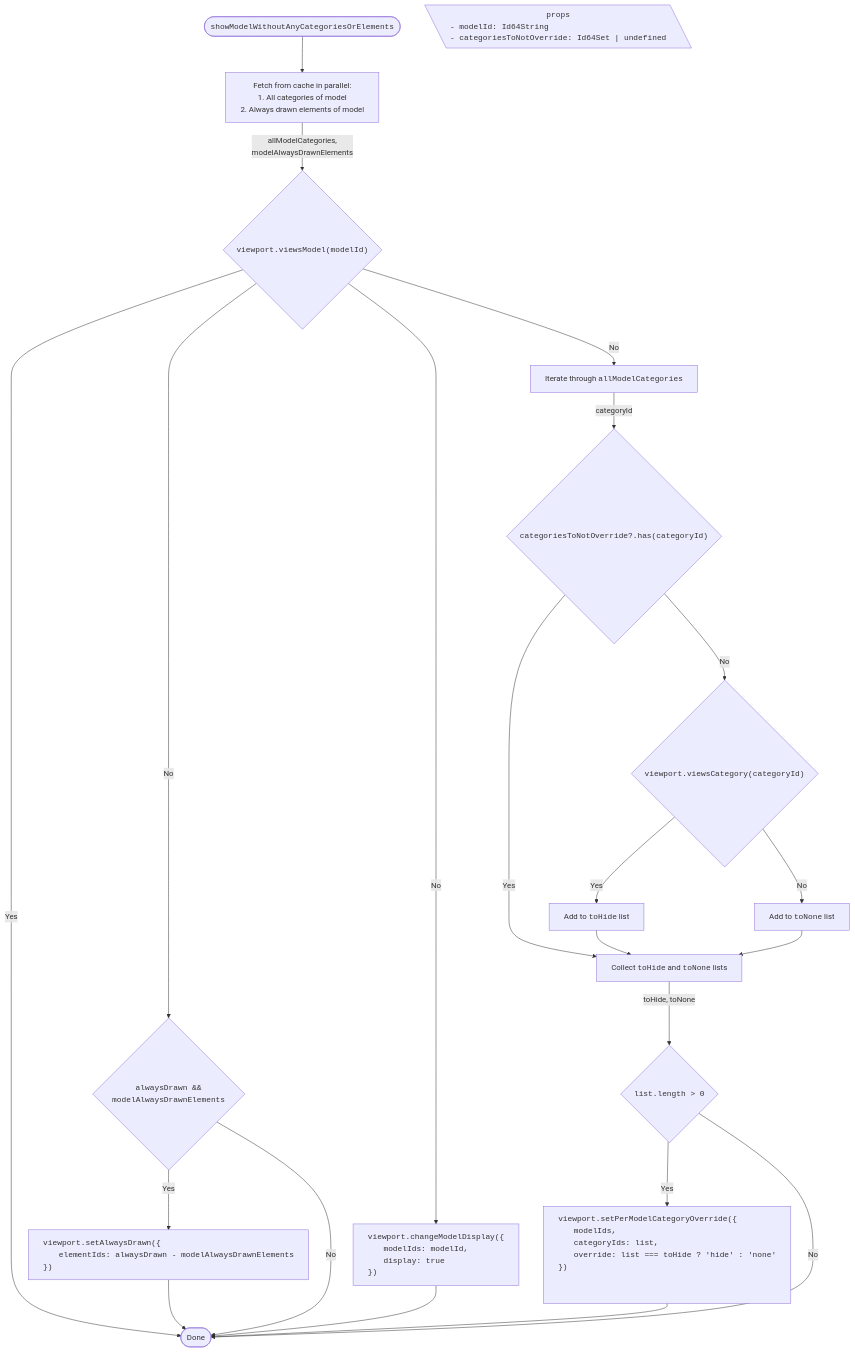
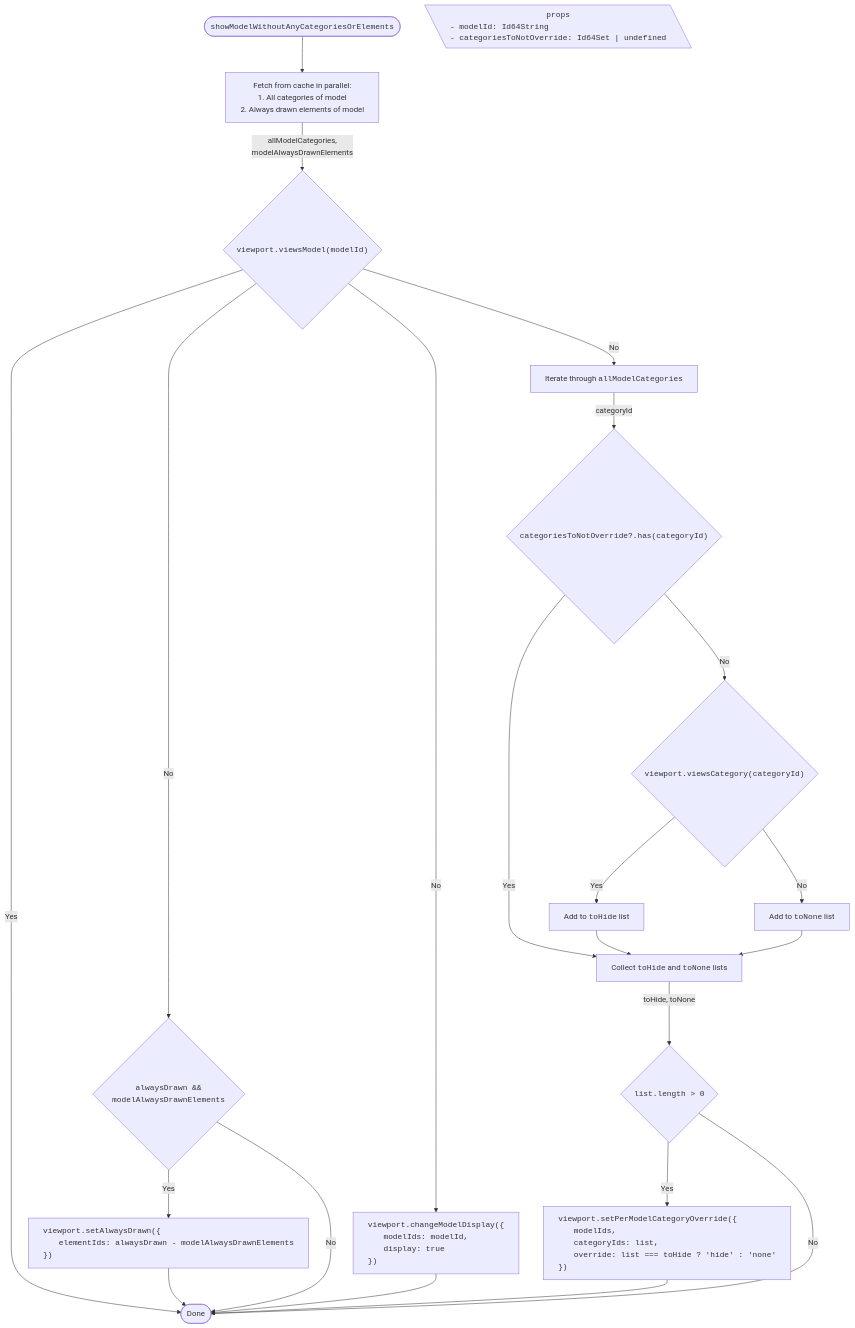
Before and after one commit to iTwin/viewer-components-react: diagram 12 of 14 in packages/itwin/tree-widget/docs/SharedVisibilityHandling.md, drawn with Mermaid. The commit also changed other lines of this file and 3 other files, not shown here.

Commit message:
Replace <code> with <span font-family="monospace">

````diff
--- a/packages/itwin/tree-widget/docs/SharedVisibilityHandling.md
+++ b/packages/itwin/tree-widget/docs/SharedVisibilityHandling.md
@@ -772,60 +770,58 @@
 ```mermaid
 ---
 config:
   flowchart:
     wrappingWidth: 750
     useMaxWidth: false
 ---
 
 flowchart TD
   RESULT_Done([Done])
 
   %% Start
-  TITLE(["<code>showModelWithoutAnyCategoriesOrElements</code>"]) --> A["Fetch from cache in parallel:<br/>1. All categories of model<br/>2. Always drawn elements of model"]
+  TITLE(["<span style='font-family: monospace;'>showModelWithoutAnyCategoriesOrElements</span>"]) --> A["Fetch from cache in parallel:<br/>1. All categories of model<br/>2. Always drawn elements of model"]
 
   PROPS[\"
-    <code>props</code>
-    <code style='display: block; text-align: left;'>- modelId: Id64String<br/> - categoriesToNotOverride: Id64Set | undefined</code>
+    <span style='font-family: monospace;'>props</span>
+    <span style='display: block; text-align: left; font-family: monospace;'>- modelId: Id64String<br/> - categoriesToNotOverride: Id64Set | undefined</span>
   "\]
 
-  A -- "allModelCategories,<br/>modelAlwaysDrawnElements" --> B{"<code>viewport.viewsModel(modelId)</code>"}
+  A -- "allModelCategories,<br/>modelAlwaysDrawnElements" --> B{"<span style='font-family: monospace;'>viewport.viewsModel(modelId)</span>"}
 
   %% Early return
   B -- Yes --> RESULT_Done
 
   %% Main flow
-  B -- No --> C{"<code>alwaysDrawn &&  <br/> modelAlwaysDrawnElements </code>"}
-  C -- Yes --> C1["<code style='display: block; text-align: left;'>viewport.setAlwaysDrawn({
-    <code style='padding-left: 2rem'>elementIds: alwaysDrawn - modelAlwaysDrawnElements</code>
-  })</code>"]
+  B -- No --> C{"<span style='font-family: monospace;'>alwaysDrawn &&  <br/> modelAlwaysDrawnElements </span>"}
+  C -- Yes --> C1["<div style='text-align: left; font-family: monospace;'>viewport.setAlwaysDrawn({
+    <span style='padding-left: 2rem;'>elementIds: alwaysDrawn - modelAlwaysDrawnElements</span>
+    })</div>"]
   C -- No --> RESULT_Done
-  B -- No -->  D["<code style='display: block; text-align: left;'>viewport.changeModelDisplay({
-    <code style='padding-left: 2rem'>modelIds: modelId,</code>
-    <code style='padding-left: 2rem'>display: true</code>
-  })</code>"]
+  B -- No -->  D["<div style='text-align: left; font-family: monospace;'>viewport.changeModelDisplay({
+    <span style='padding-left: 2rem;'>modelIds: modelId,</span>
+    <span style='padding-left: 2rem;'>display: true</span>
+    })</div>"]
 
-  B -- No --> E["Iterate through <code>allModelCategories</code>"]
-  E -- categoryId --> G{"<code>categoriesToNotOverride?.has(categoryId)</code>"}
+  B -- No --> E["Iterate through <span style='font-family: monospace;'>allModelCategories</span>"]
+  E -- categoryId --> G{"<span style='font-family: monospace;'>categoriesToNotOverride?.has(categoryId)</span>"}
 
-  G -- Yes --> K["Collect <code>toHide</code> and <code>toNone</code> lists"]
-  G -- No --> H{"<code>viewport.viewsCategory(categoryId)</code>"}
+  G -- Yes --> K["Collect <span style='font-family: monospace;'>toHide</span> and <span style='font-family: monospace;'>toNone</span> lists"]
+  G -- No --> H{"<span style='font-family: monospace;'>viewport.viewsCategory(categoryId)</span>"}
 
-  H -- Yes --> I1["Add to <code>toHide</code> list"]
-  H -- No --> I2["Add to <code>toNone</code> list"]
+  H -- Yes --> I1["Add to <span style='font-family: monospace;'>toHide</span> list"]
+  H -- No --> I2["Add to <span style='font-family: monospace;'>toNone</span> list"]
 
   I1 --> K
   I2 --> K
-  K -- toHide, toNone --> J{"<code>list.length > 0 </code>"}
-  J -- Yes --> J1["<code style='display: block; text-align: left;'>viewport.setPerModelCategoryOverride({
-  <code style='padding-left: 2rem'>modelIds,</code>
-  <code style='padding-left: 2rem'>categoryIds: list,</code>
-  <code style='padding-left: 2rem'>override: list === toHide ? 'hide' : 'none'</code>
-  })</code>
-  <br/>
-  "]
+  K -- toHide, toNone --> J{"<span style='font-family: monospace;'>list.length > 0 </span>"}
+  J -- Yes --> J1["<div style='text-align: left; font-family: monospace;'>viewport.setPerModelCategoryOverride({
+    <span style='padding-left: 2rem;'>modelIds,</span>
+    <span style='padding-left: 2rem;'>categoryIds: list,</span>
+    <span style='padding-left: 2rem;'>override: list === toHide ? 'hide' : 'none'</span>
+    })</div>"]
   J -- No --> RESULT_Done
 
   C1 --> RESULT_Done
   D --> RESULT_Done
   J1 --> RESULT_Done
 ```
````
